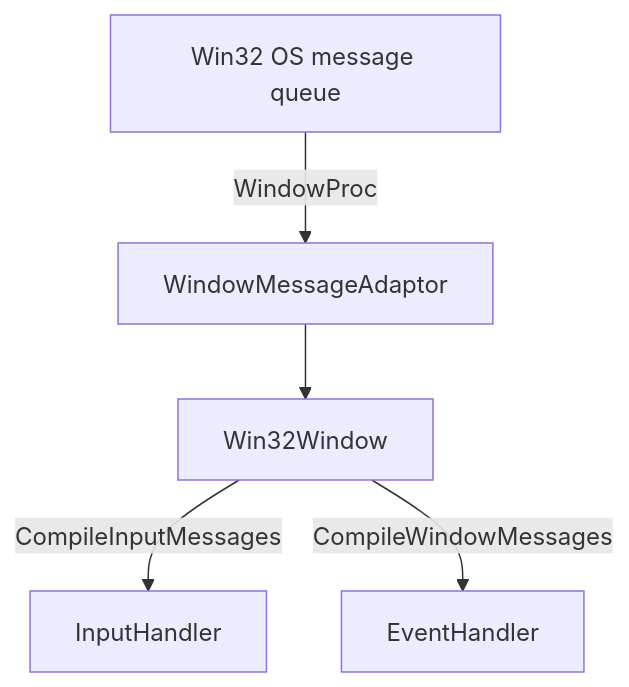
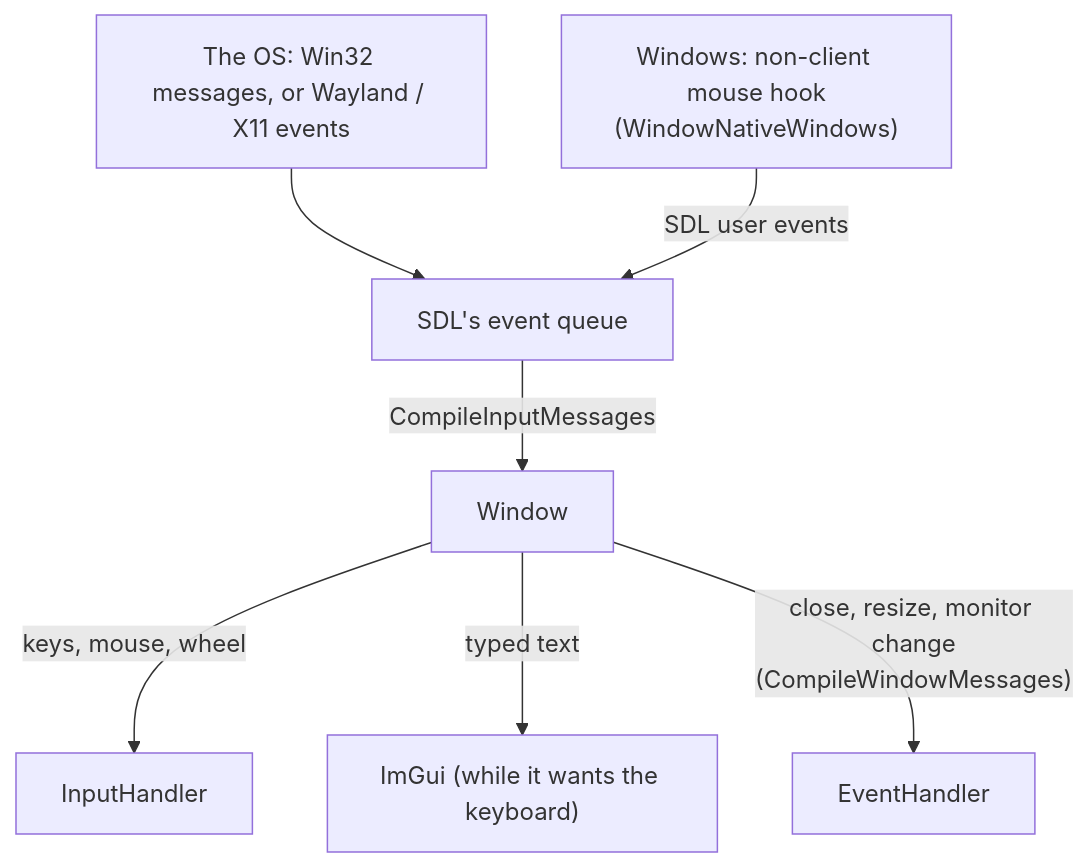
The diagram in Docs/Generated/Engine/06-Platform-And-Infrastructure/Windowing.md (b1nary0/RZE), drawn with Mermaid before and after one commit. The commit also changed other lines of this file and 8 other files, not shown here.

````diff
--- a/Docs/Generated/Engine/06-Platform-And-Infrastructure/Windowing.md
+++ b/Docs/Generated/Engine/06-Platform-And-Infrastructure/Windowing.md
@@ -53,8 +163,10 @@
 ```mermaid
 %%{init: {'flowchart': {'subGraphTitleMargin': {'top': 6, 'bottom': 10}}, 'themeCSS': '.labelBkg, .edgeLabel { background-color: var(--background-primary) !important; } .messageText, .labelText, .loopText { paint-order: stroke; stroke: var(--background-primary); stroke-width: 5px; stroke-linejoin: round; }'}}%%
 flowchart TD
-    OS["Win32 OS message queue"] -->|WindowProc| WMA[WindowMessageAdaptor]
-    WMA --> Win32Window
-    Win32Window -->|CompileInputMessages| InputHandler
-    Win32Window -->|CompileWindowMessages| EventHandler
+    OS["The OS: Win32 messages, or Wayland / X11 events"] --> SDL["SDL's event queue"]
+    Hook["Windows: non-client mouse hook<br/>(WindowNativeWindows)"] -->|SDL user events| SDL
+    SDL -->|CompileInputMessages| Window
+    Window -->|keys, mouse, wheel| InputHandler
+    Window -->|typed text| ImGui["ImGui (while it wants the keyboard)"]
+    Window -->|"close, resize, monitor change<br/>(CompileWindowMessages)"| EventHandler
 ```
````
